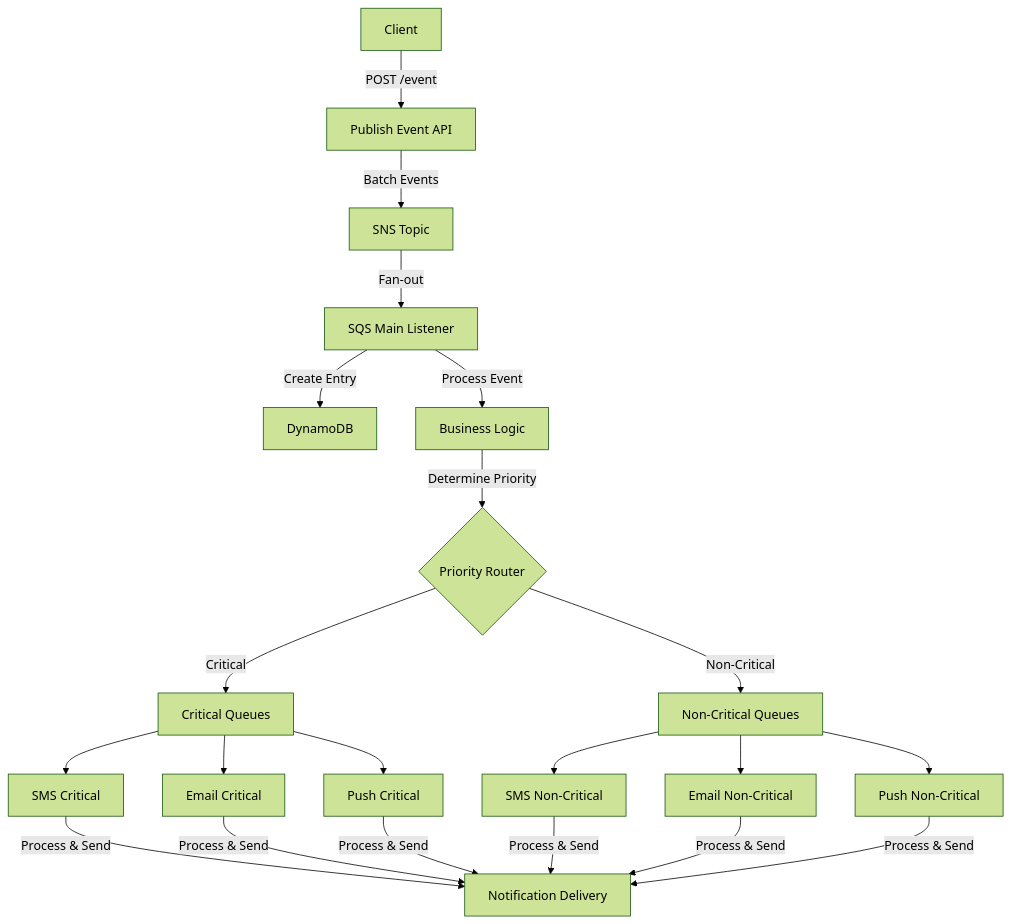
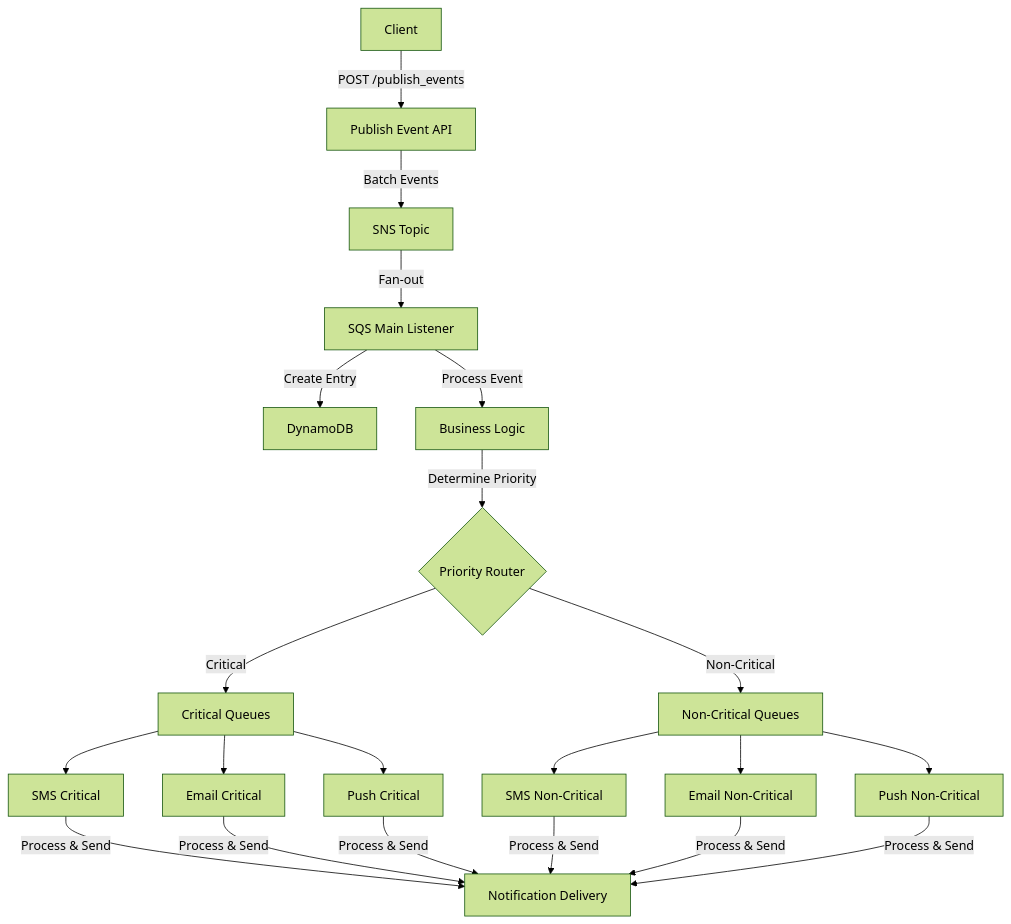
One commit to mkeshavgarg/event-notification-system changed the diagram in README.md. Above: the diagram before and after it, drawn with Mermaid (forest theme). The commit also changed other lines of this file, not shown here.

````diff
--- a/README.md
+++ b/README.md
@@ -88,18 +88,18 @@
 ```mermaid
 graph TD
-A[Client] -->|POST /event| B[Publish Event API]
+A[Client] -->|POST /publish_events| B[Publish Event API]
 B -->|Batch Events| C[SNS Topic]
 C -->|Fan-out| D[SQS Main Listener]
 D -->|Create Entry| E[DynamoDB]
 D -->|Process Event| F[Business Logic]
 F -->|Determine Priority| G{Priority Router}
 G -->|Critical| H1[Critical Queues]
 G -->|Non-Critical| H2[Non-Critical Queues]
 H1 --> I1[SMS Critical]
 H1 --> I2[Email Critical]
 H1 --> I3[Push Critical]
 H2 --> J1[SMS Non-Critical]
 H2 --> J2[Email Non-Critical]
 H2 --> J3[Push Non-Critical]
 I1 & I2 & I3 & J1 & J2 & J3 -->|Process & Send| K[Notification Delivery]
 ```
````
